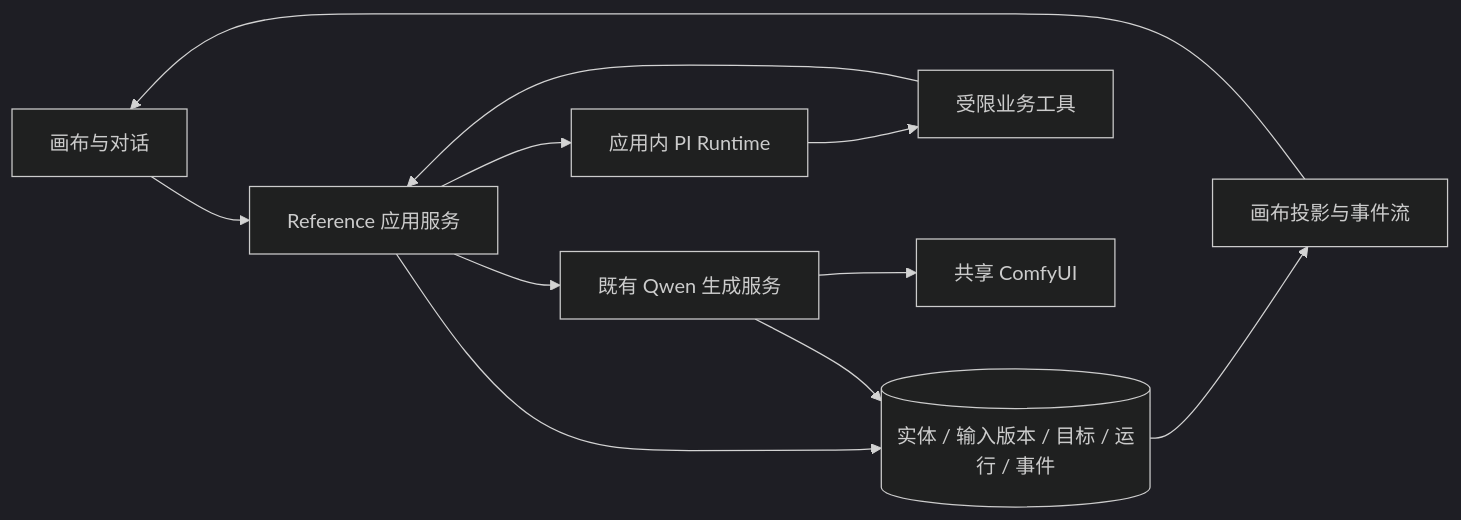
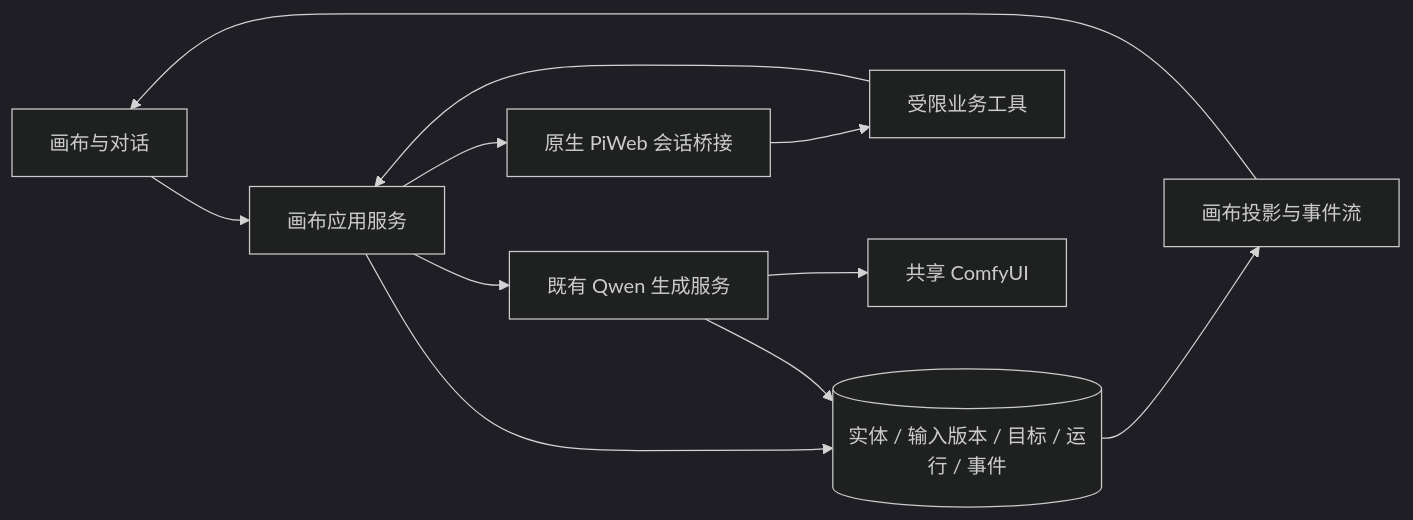
The diagram in docs/design/sean_entity_canvas_pi_v1.md (xiangshushu1980/ShushuLearnAIVedio), drawn with Mermaid (dark theme) before and after one commit. The commit also changed other lines of this file and 2 other files, not shown here.

Commit message:
[实体画布设计] 记录 React Flow 选型与原生 PI 接入边界

````diff
--- a/docs/design/sean_entity_canvas_pi_v1.md
+++ b/docs/design/sean_entity_canvas_pi_v1.md
@@ -121,13 +123,13 @@
 ```mermaid
 flowchart LR
-  UI[画布与对话] --> API[Reference 应用服务]
+  UI[画布与对话] --> API[画布应用服务]
   API --> DB[(实体 / 输入版本 / 目标 / 运行 / 事件)]
-  API --> PI[应用内 PI Runtime]
+  API --> PI[原生 PiWeb 会话桥接]
   PI --> T[受限业务工具]
   T --> API
   API --> GEN[既有 Qwen 生成服务]
   GEN --> COMFY[共享 ComfyUI]
   GEN --> DB
   DB --> VIEW[画布投影与事件流]
   VIEW --> UI
 ```
````
